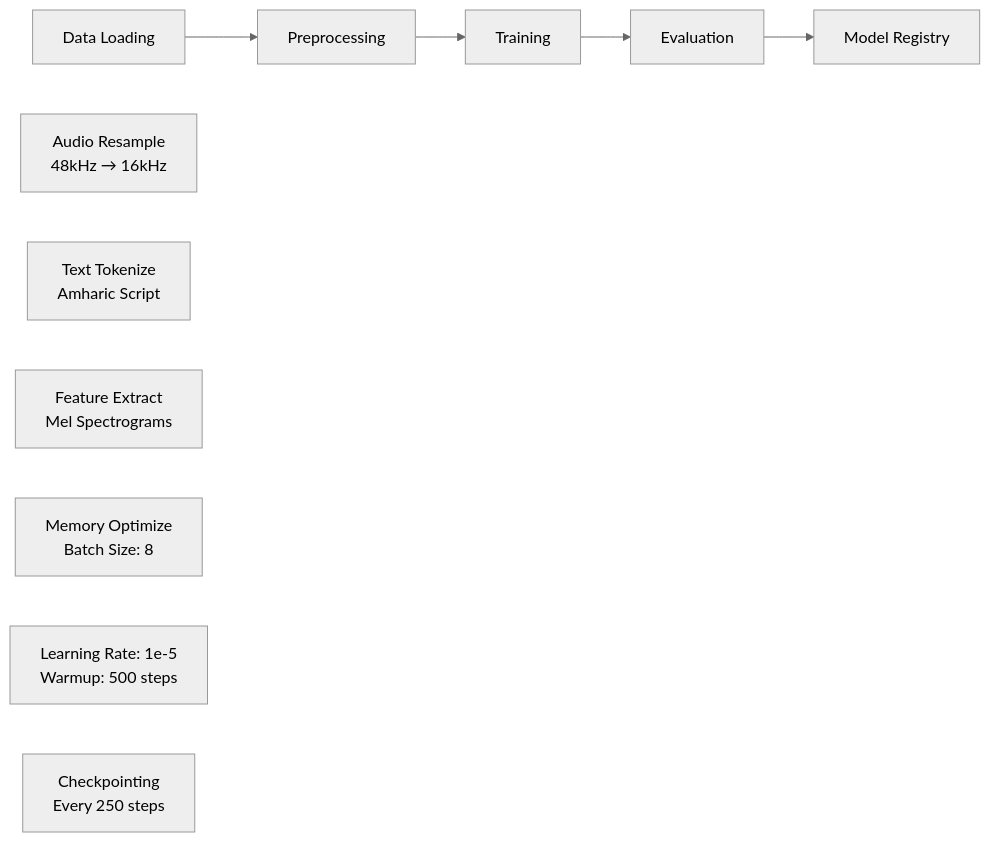
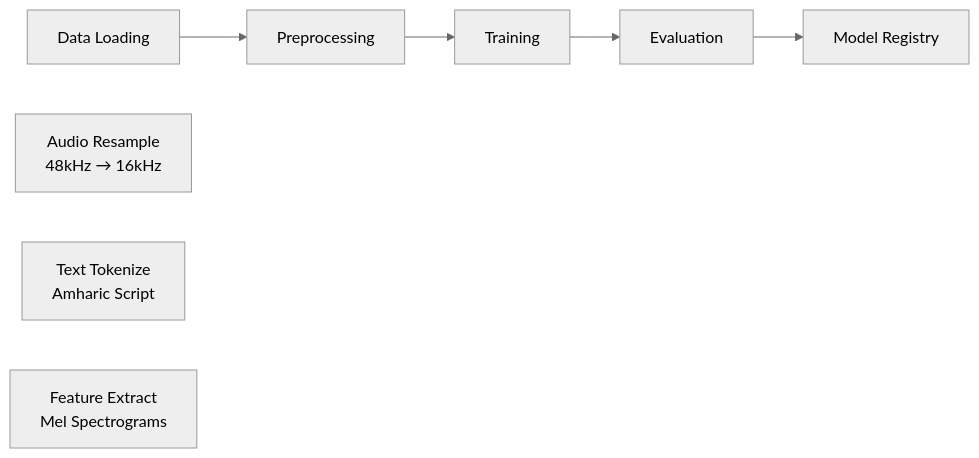
Before and after one commit to chappiii/whisper-Amharic-finetuning: the diagram in README.md, drawn with Mermaid (neutral theme).

````diff
--- a/README.md
+++ b/README.md
@@ -38,15 +38,12 @@
 ```mermaid
 graph LR
     A[Data Loading] --> B[Preprocessing]
     B --> C[Training]
     C --> D[Evaluation]
     D --> E[Model Registry]
     
     B1[Audio Resample<br/>48kHz → 16kHz]
     B2[Text Tokenize<br/>Amharic Script]
     B3[Feature Extract<br/>Mel Spectrograms]
     
-    C1[Memory Optimize<br/>Batch Size: 8]
-    C2[Learning Rate: 1e-5<br/>Warmup: 500 steps]
-    C3[Checkpointing<br/>Every 250 steps]
 ```
````
